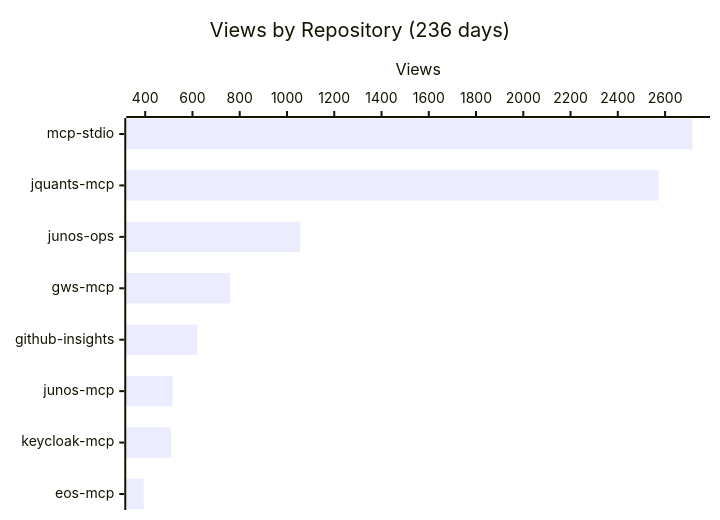
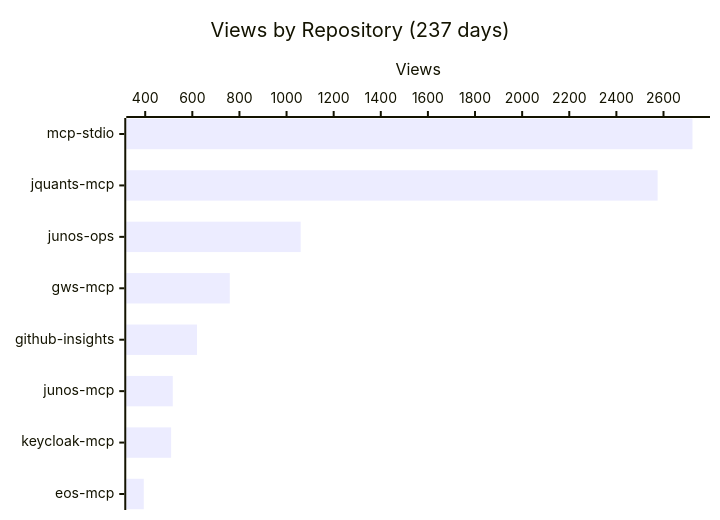
Before and after one commit to shigechika/github-insights: the first of 4 diagrams in README.md, drawn with Mermaid. The commit also changed other lines of this file and 1 other file, not shown here.

````diff
--- a/README.md
+++ b/README.md
@@ -18,7 +18,7 @@
 ```mermaid
 xychart-beta horizontal
-    title "Views by Repository (236 days)"
+    title "Views by Repository (237 days)"
     x-axis ["mcp-stdio", "jquants-mcp", "junos-ops", "gws-mcp", "github-insights", "junos-mcp", "keycloak-mcp", "eos-mcp"]
     y-axis "Views"
-    bar [2716, 2573, 1056, 759, 620, 516, 510, 394]
+    bar [2723, 2575, 1060, 759, 620, 517, 510, 394]
 ```
````
